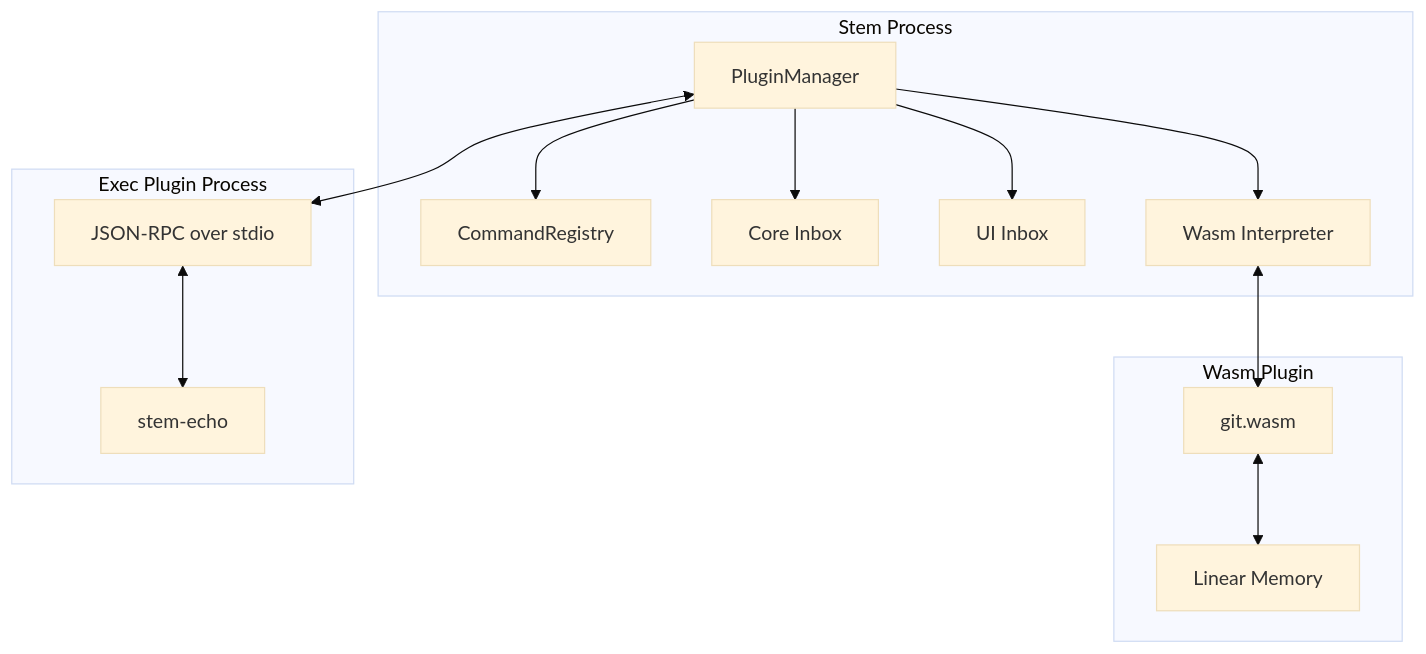
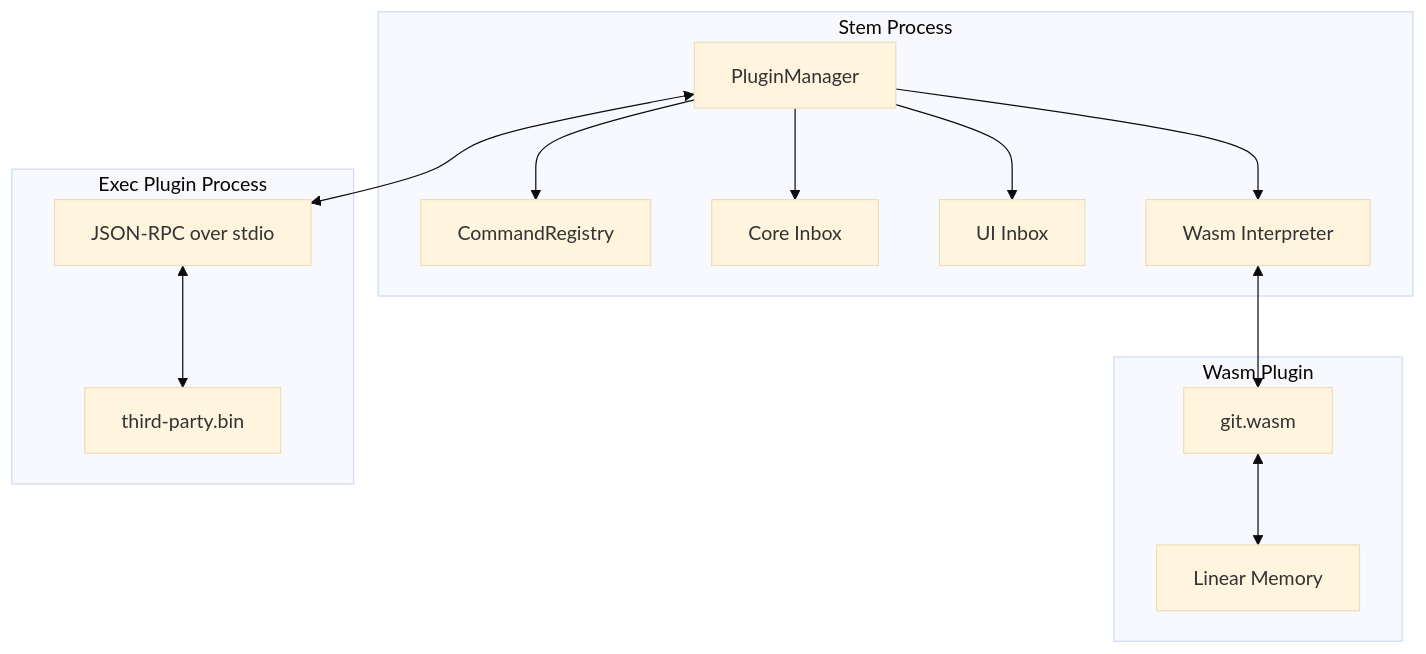
Before and after one commit to ooyeku/stem: the fourth of 5 diagrams in docs/stem.md, drawn with Mermaid (base theme). The commit also changed other lines of this file and 30 other files, not shown here.

````diff
--- a/docs/stem.md
+++ b/docs/stem.md
@@ -939,29 +938,29 @@
 ```mermaid
 graph TB
     subgraph "Stem Process"
         PM[PluginManager]
         CR[CommandRegistry]
         CORE[Core Inbox]
         UI[UI Inbox]
         WASM[Wasm Interpreter]
     end
 
     subgraph "Wasm Plugin"
         WP[git.wasm]
         MEM[Linear Memory]
     end
 
     subgraph "Exec Plugin Process"
-        EP[stem-echo]
+        EP[third-party.bin]
         STDIO[JSON-RPC over stdio]
     end
 
     PM --> CR
     PM --> WASM
     WASM <--> WP
     WP <--> MEM
     PM <--> STDIO
     STDIO <--> EP
     PM --> CORE
     PM --> UI
 ```
````
